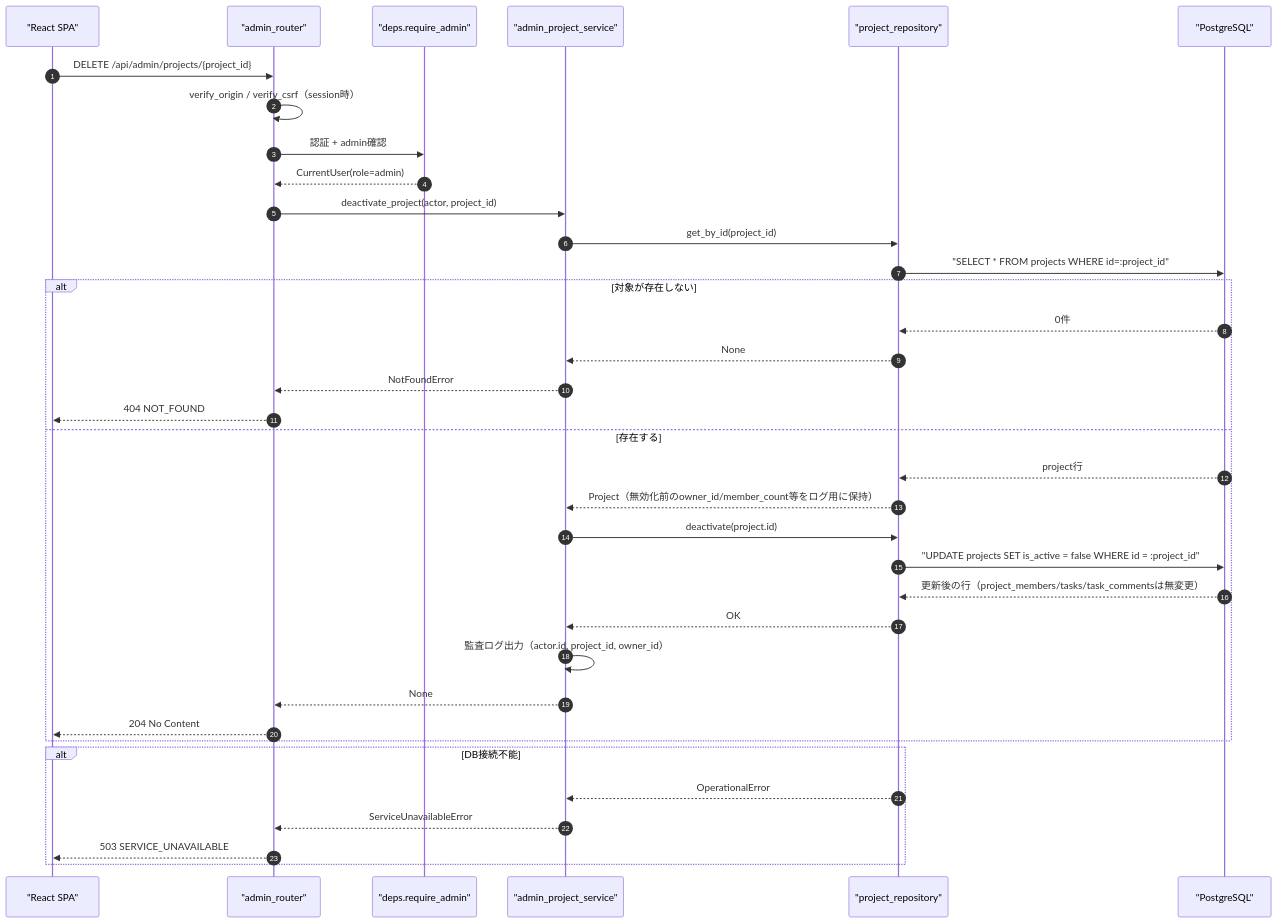
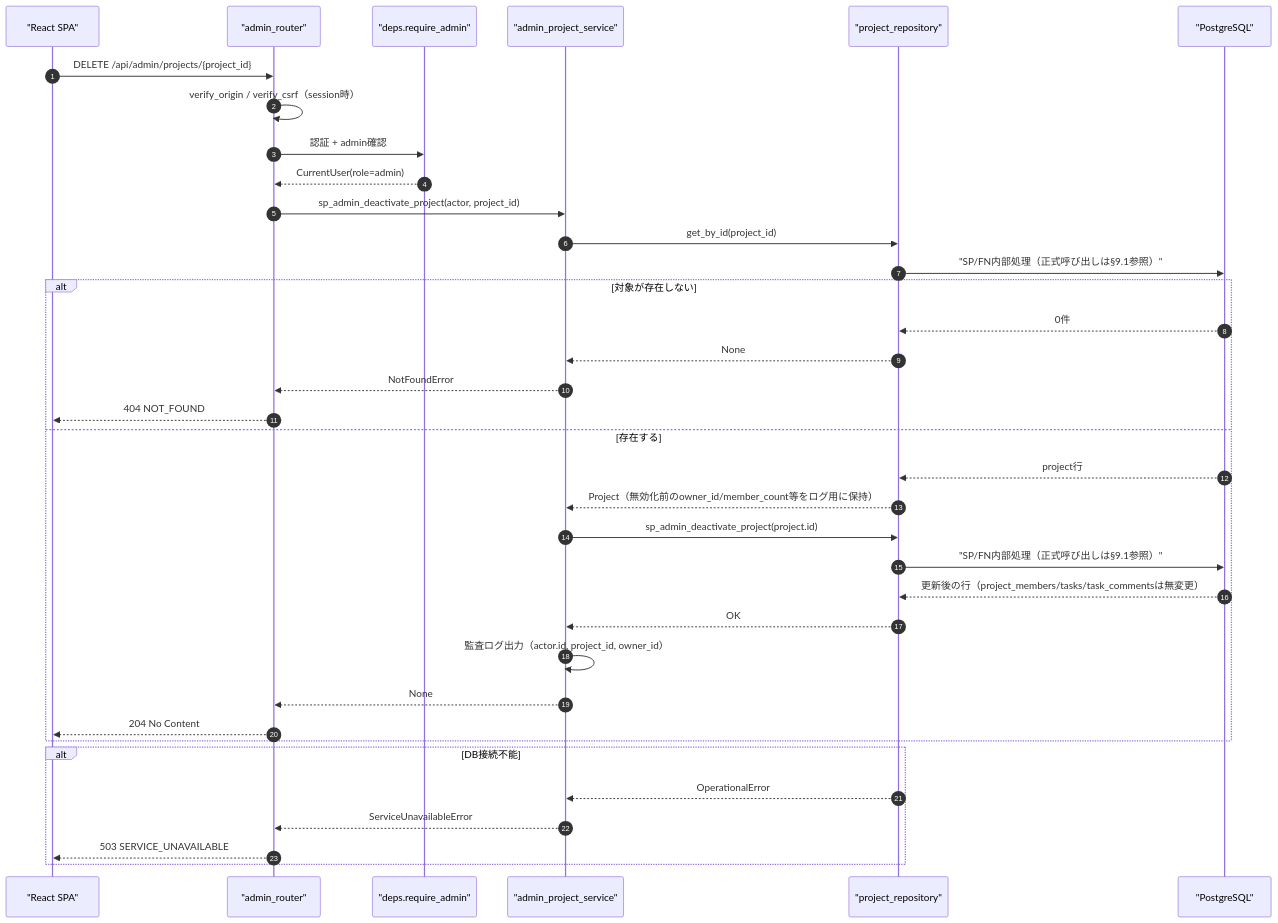
Before and after one commit to oikawa-d/task_management: the first of 4 diagrams in detailed_design/api/admin/06_delete_admin_project.md, drawn with Mermaid. The commit also changed other lines of this file and 58 other files, not shown here.

````diff
--- a/detailed_design/api/admin/06_delete_admin_project.md
+++ b/detailed_design/api/admin/06_delete_admin_project.md
@@ -77,39 +77,39 @@
 ```mermaid
 sequenceDiagram
     autonumber
     participant FE as "React SPA"
     participant R as "admin_router"
     participant D as "deps.require_admin"
     participant S as "admin_project_service"
     participant RP as "project_repository"
     participant PG as "PostgreSQL"
 
     FE->>R: DELETE /api/admin/projects/{project_id}
     R->>R: verify_origin / verify_csrf（session時）
     R->>D: 認証 + admin確認
     D-->>R: CurrentUser(role=admin)
-    R->>S: deactivate_project(actor, project_id)
+    R->>S: sp_admin_deactivate_project(actor, project_id)
     S->>RP: get_by_id(project_id)
-    RP->>PG: "SELECT * FROM projects WHERE id=:project_id"
+    RP->>PG: "SP/FN内部処理（正式呼び出しは§9.1参照）"
     alt 対象が存在しない
         PG-->>RP: 0件
         RP-->>S: None
         S-->>R: NotFoundError
         R-->>FE: 404 NOT_FOUND
     else 存在する
         PG-->>RP: project行
         RP-->>S: Project（無効化前のowner_id/member_count等をログ用に保持）
-        S->>RP: deactivate(project.id)
-        RP->>PG: "UPDATE projects SET is_active = false WHERE id = :project_id"
+        S->>RP: sp_admin_deactivate_project(project.id)
+        RP->>PG: "SP/FN内部処理（正式呼び出しは§9.1参照）"
         PG-->>RP: 更新後の行（project_members/tasks/task_commentsは無変更）
         RP-->>S: OK
         S->>S: 監査ログ出力（actor.id, project_id, owner_id）
         S-->>R: None
         R-->>FE: 204 No Content
     end
     alt DB接続不能
         RP-->>S: OperationalError
         S-->>R: ServiceUnavailableError
         R-->>FE: 503 SERVICE_UNAVAILABLE
     end
 ```
````
